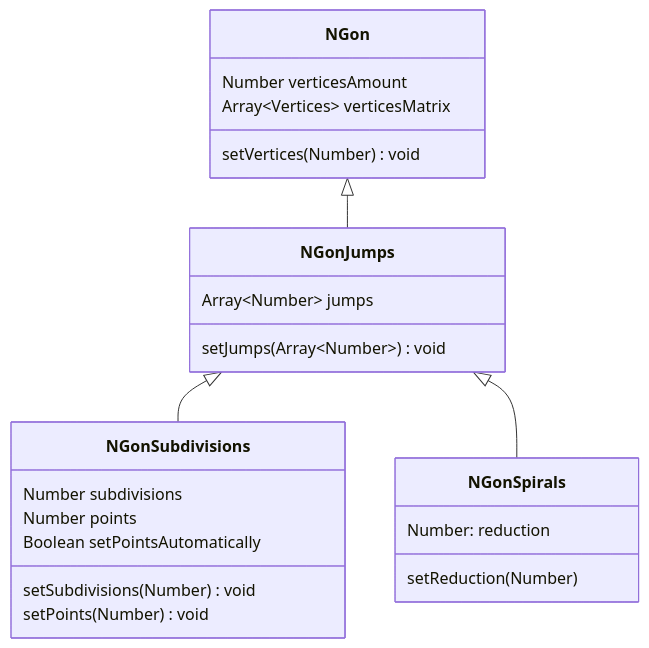
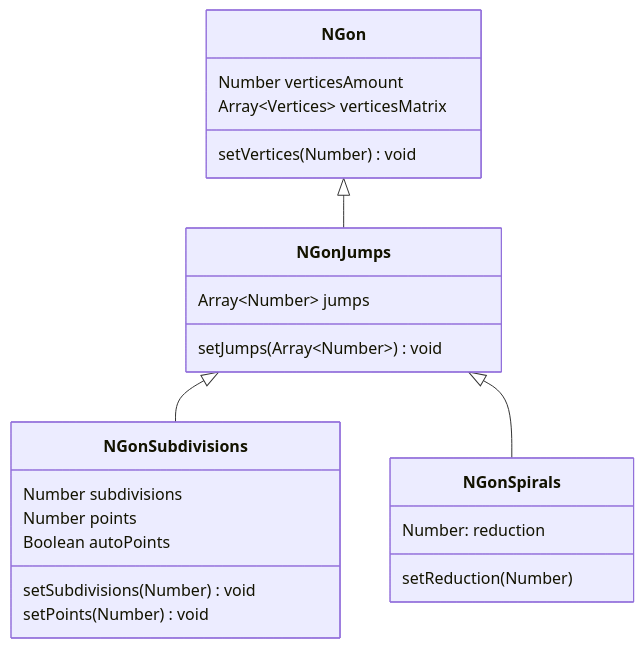
The first of 3 diagrams in README.md (LiamMyles/pwp), drawn with Mermaid before and after one commit. The commit also changed 31 other files, not shown here.

````diff
--- a/README.md
+++ b/README.md
@@ -9,30 +9,30 @@
 ```mermaid
   classDiagram
     NGon <|-- NGonJumps
     NGonJumps <|-- NGonSubdivisions
     NGonJumps <|-- NGonSpirals
 
     class NGon {
       Number verticesAmount
       Array~Vertices~ verticesMatrix
       setVertices(Number) void
     }
 
     class NGonJumps {
       Array~Number~ jumps
       setJumps(Array~Number~) void
     }
 
     class NGonSubdivisions{
       Number subdivisions
       Number points
-      Boolean setPointsAutomatically
+      Boolean autoPoints
       setSubdivisions(Number) void
       setPoints(Number) void
     }
 
     class NGonSpirals{
       Number: reduction
       setReduction(Number)
     }
 ```
````
